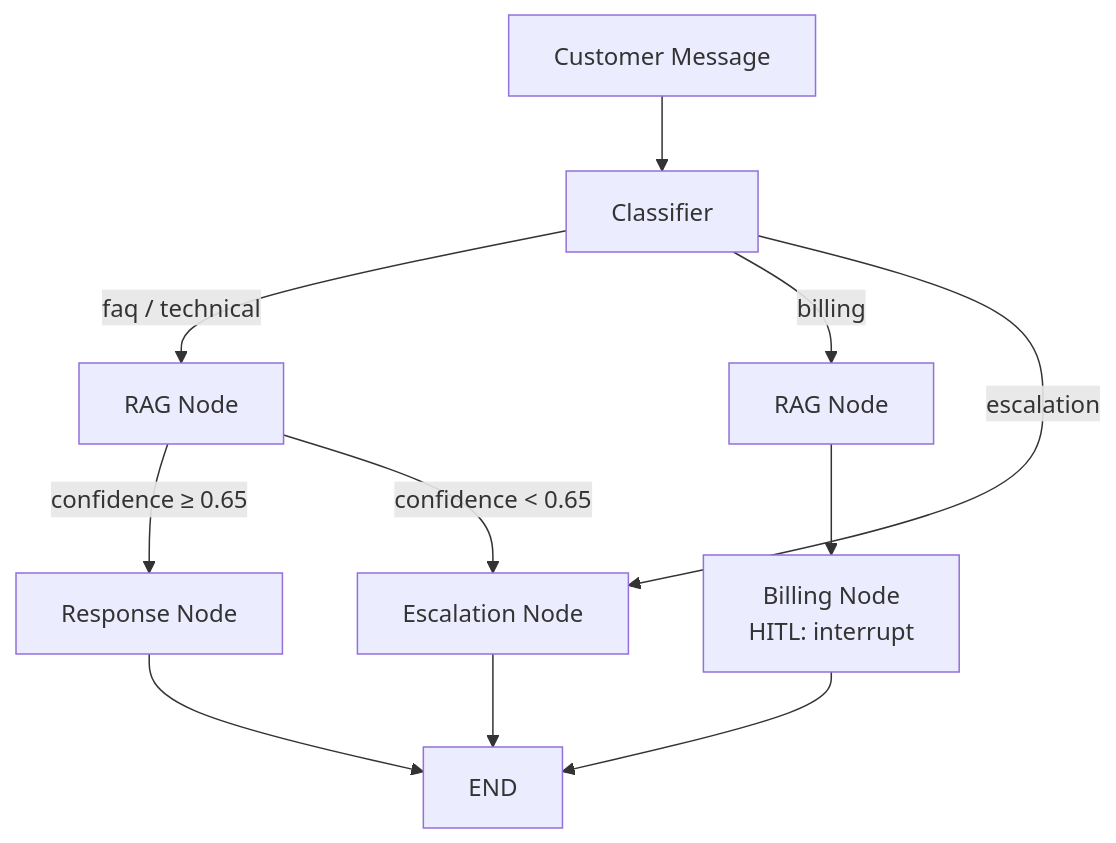
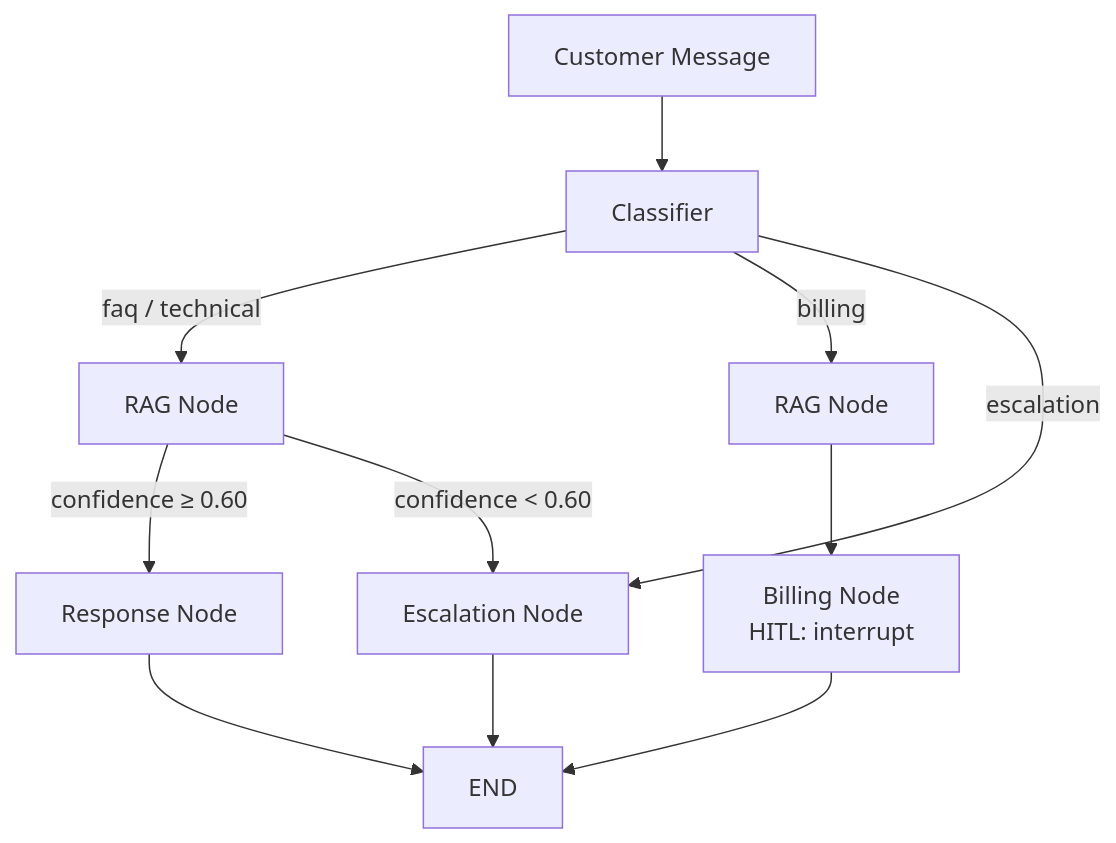
Before and after one commit to octavian115/customer-support-agent: the diagram in README.md, drawn with Mermaid. The commit also changed other lines of this file, not shown here.

````diff
--- a/README.md
+++ b/README.md
@@ -9,16 +9,16 @@
 ```mermaid
 flowchart TD
     A[Customer Message] --> B[Classifier]
     B -->|faq / technical| C[RAG Node]
     B -->|billing| D[RAG Node]
     B -->|escalation| E[Escalation Node]
 
-    C -->|confidence ≥ 0.65| F[Response Node]
-    C -->|confidence < 0.65| E
+    C -->|confidence ≥ 0.60| F[Response Node]
+    C -->|confidence < 0.60| E
 
     D --> G[Billing Node\nHITL: interrupt]
 
     F --> H[END]
     G --> H
     E --> H
 ```
````
